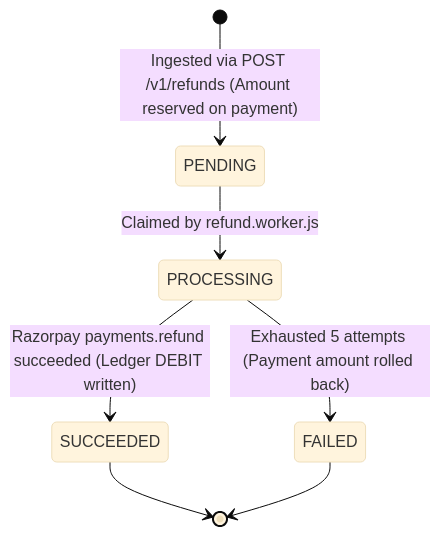
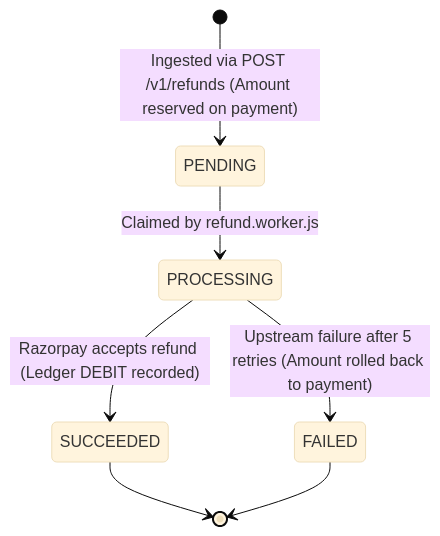
Before and after one commit to buildwithrishabh/Event-Driven-Payment-Gateway: the tenth of 10 diagrams in ARCHITECTURE.md, drawn with Mermaid (base theme). The commit also changed other lines of this file and 3 other files, not shown here.

Commit message:
docs & devops: recreate architecture and readme docs, add docker setup

````diff
--- a/ARCHITECTURE.md
+++ b/ARCHITECTURE.md
@@ -670,9 +641,9 @@
 ```mermaid
 stateDiagram-v2
     [*] --> PENDING: Ingested via POST /v1/refunds (Amount reserved on payment)
     PENDING --> PROCESSING: Claimed by refund.worker.js
-    PROCESSING --> SUCCEEDED: Razorpay payments.refund succeeded (Ledger DEBIT written)
-    PROCESSING --> FAILED: Exhausted 5 attempts (Payment amount rolled back)
+    PROCESSING --> SUCCEEDED: Razorpay accepts refund (Ledger DEBIT recorded)
+    PROCESSING --> FAILED: Upstream failure after 5 retries (Amount rolled back to payment)
     SUCCEEDED --> [*]
     FAILED --> [*]
 ```
````
